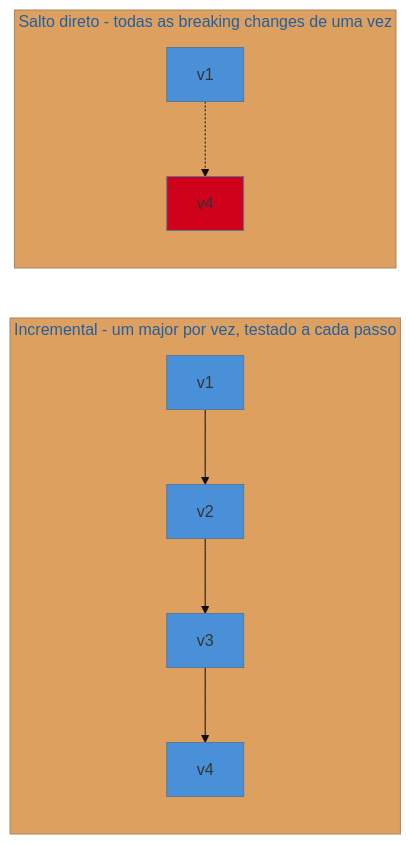
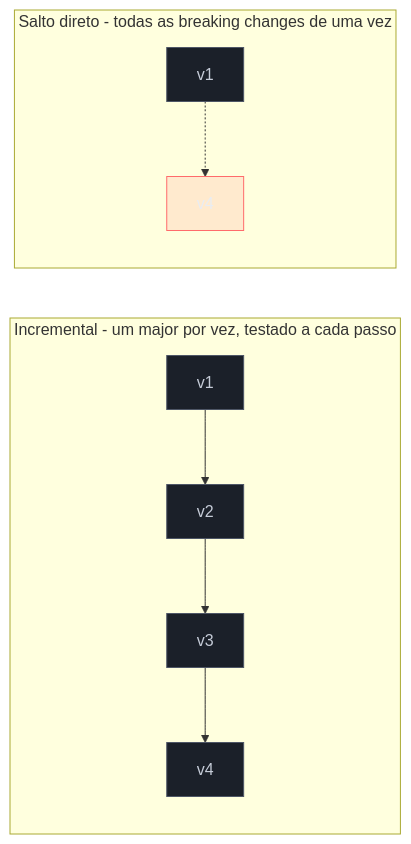
The second of 2 diagrams in 03-Dominios/Engenharia/Arqueologia e Restauração de Software/22 - Dependências, upgrades e segurança.md (josenaldo/codex-technomanticus), drawn with Mermaid before and after one commit. The commit also changed other lines of this file and 1181 other files, not shown here.

First line of the commit message:
fix(diagramas): paleta do sistema no lugar de cor cravada no markdown

````diff
--- a/03-Dominios/Engenharia/Arqueologia e Restauração de Software/22 - Dependências, upgrades e segurança.md
+++ b/03-Dominios/Engenharia/Arqueologia e Restauração de Software/22 - Dependências, upgrades e segurança.md
@@ -71,16 +73,17 @@
 ```mermaid
-%%{init: {"theme": "base", "themeVariables": {"primaryColor": "#4A90D9"}}}%%
 graph LR
+    classDef neutro fill:#1B2029,stroke:#4E5666,color:#C6CCD8
+    classDef falha fill:#FF6B6B24,stroke:#FF6B6B,color:#E9ECF2
     subgraph sg9025["Incremental - um major por vez, testado a cada passo"]
     A1[v1] --> A2[v2] --> A3[v3] --> A4[v4]
     end
     subgraph sg1456["Salto direto - todas as breaking changes de uma vez"]
     B1[v1] -.-> B2[v4]
     end
-    style A1 fill:#4A90D9
-    style A2 fill:#4A90D9
-    style A3 fill:#4A90D9
-    style A4 fill:#4A90D9
-    style B1 fill:#4A90D9
-    style B2 fill:#D0021B
+    class A1 neutro
+    class A2 neutro
+    class A3 neutro
+    class A4 neutro
+    class B1 neutro
+    class B2 falha
 ```
````
